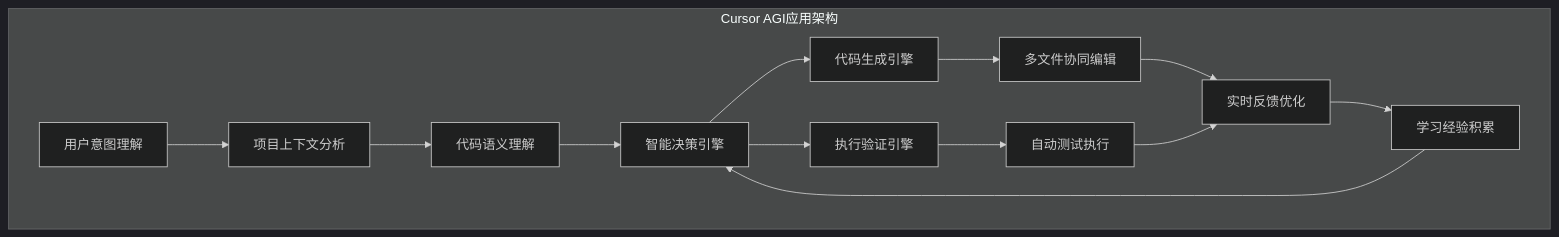
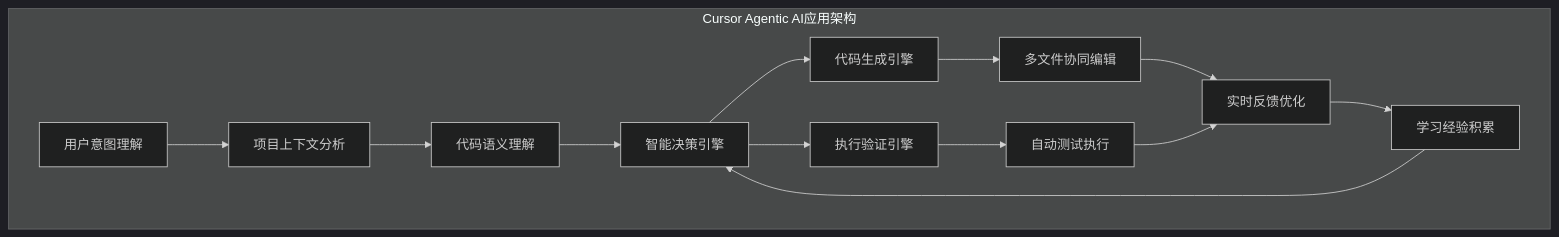
The eighth of 9 diagrams in 前言部分/从多智能体到AGI应用概念探索.md (youyoude/agi-app-dev-guide-book), drawn with Mermaid (dark theme) before and after one commit. The commit also changed other lines of this file, not shown here.

````diff
--- a/前言部分/从多智能体到AGI应用概念探索.md
+++ b/前言部分/从多智能体到AGI应用概念探索.md
@@ -451,16 +451,16 @@
 ```mermaid
 graph TB
-    subgraph "Cursor AGI应用架构"
+    subgraph "Cursor Agentic AI应用架构"
         A[用户意图理解] --> B[项目上下文分析]
         B --> C[代码语义理解]
         C --> D[智能决策引擎]
         D --> E[代码生成引擎]
         D --> F[执行验证引擎]
         E --> G[多文件协同编辑]
         F --> H[自动测试执行]
         G --> I[实时反馈优化]
         H --> I
         I --> J[学习经验积累]
         J --> D
     end
 ```
````
